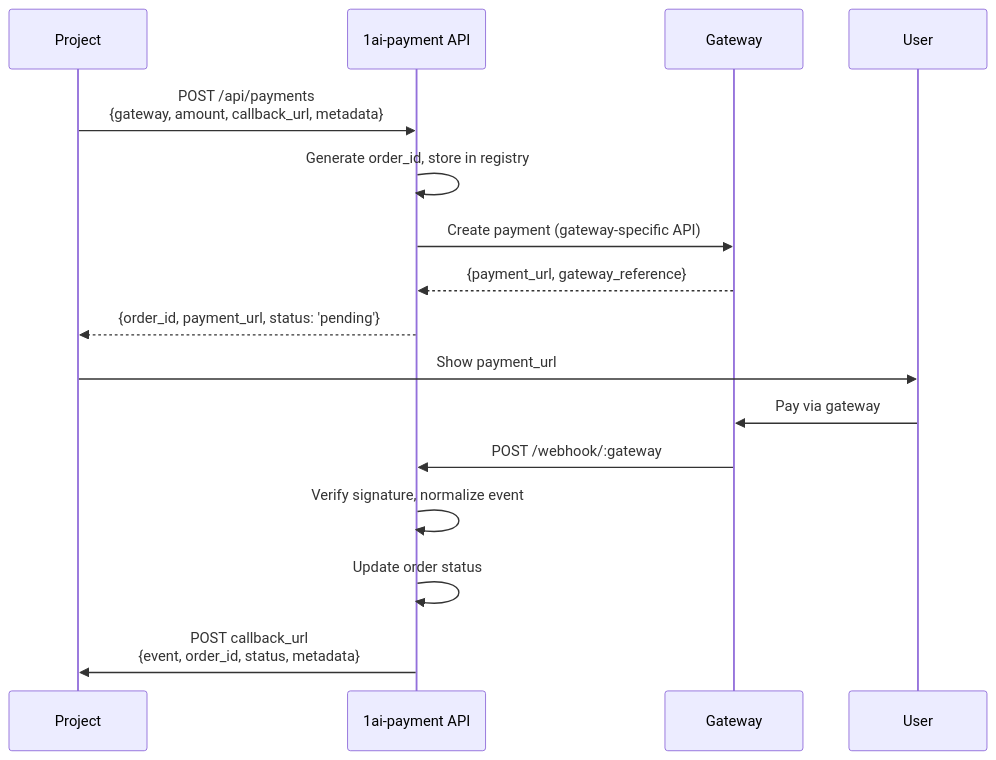
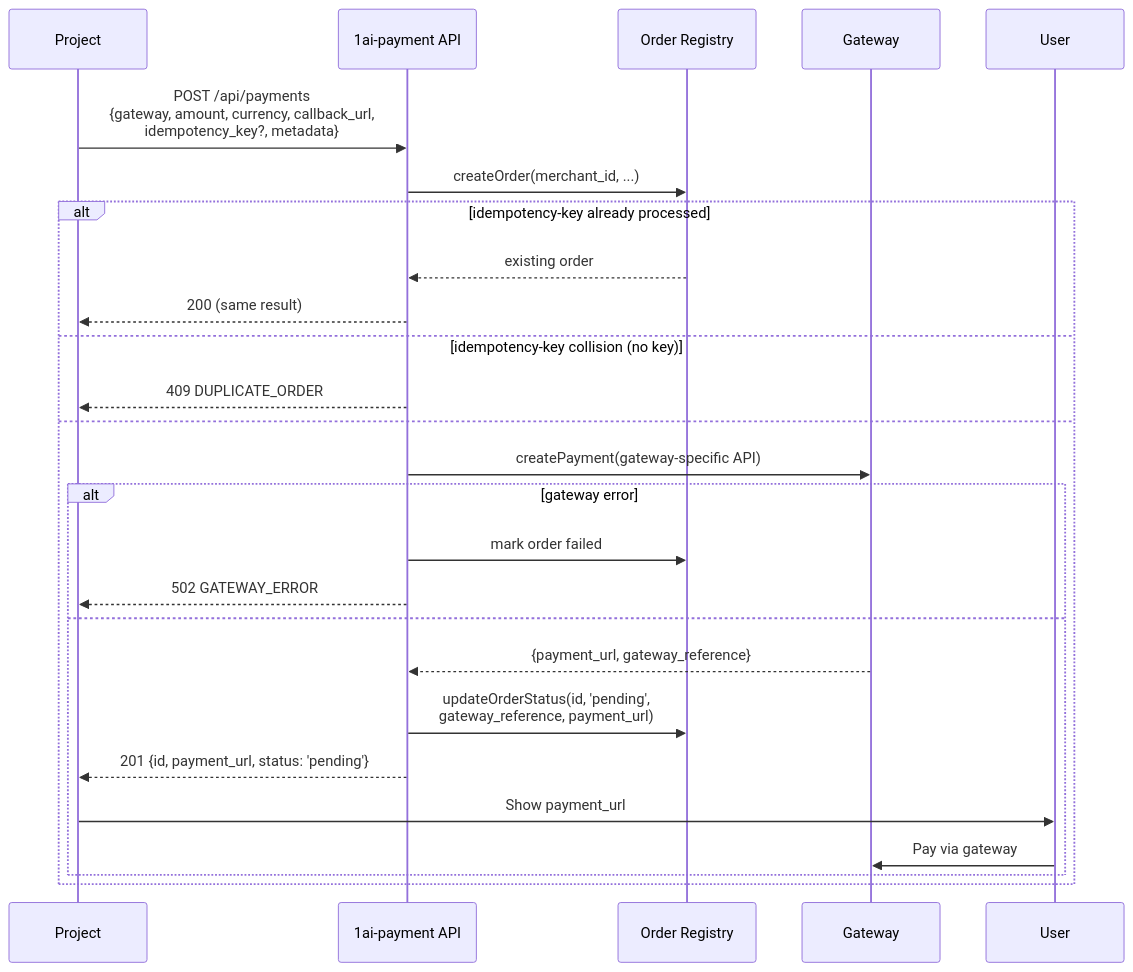
The second of 6 diagrams in docs/01-architecture.md (oyi77/1ai-payment), drawn with Mermaid before and after one commit. The commit also changed other lines of this file and 48 other files, not shown here.

````diff
--- a/docs/01-architecture.md
+++ b/docs/01-architecture.md
@@ -56,19 +98,29 @@
 ```mermaid
 sequenceDiagram
     participant P as Project
     participant A as 1ai-payment API
+    participant DB as Order Registry
     participant G as Gateway
     participant U as User
 
-    P->>A: POST /api/payments<br/>{gateway, amount, callback_url, metadata}
-    A->>A: Generate order_id, store in registry
-    A->>G: Create payment (gateway-specific API)
-    G-->>A: {payment_url, gateway_reference}
-    A-->>P: {order_id, payment_url, status: 'pending'}
-    P->>U: Show payment_url
-    U->>G: Pay via gateway
-    G->>A: POST /webhook/:gateway
-    A->>A: Verify signature, normalize event
-    A->>A: Update order status
-    A->>P: POST callback_url<br/>{event, order_id, status, metadata}
+    P->>A: POST /api/payments<br/>{gateway, amount, currency, callback_url,<br/>idempotency_key?, metadata}
+    A->>DB: createOrder(merchant_id, ...)
+    alt idempotency-key already processed
+        DB-->>A: existing order
+        A-->>P: 200 (same result)
+    else idempotency-key collision (no key)
+        A-->>P: 409 DUPLICATE_ORDER
+    else
+        A->>G: createPayment(gateway-specific API)
+        alt gateway error
+            A->>DB: mark order failed
+            A-->>P: 502 GATEWAY_ERROR
+        else
+            G-->>A: {payment_url, gateway_reference}
+            A->>DB: updateOrderStatus(id, 'pending',<br/>gateway_reference, payment_url)
+            A-->>P: 201 {id, payment_url, status: 'pending'}
+            P->>U: Show payment_url
+            U->>G: Pay via gateway
+        end
+    end
 ```
````
